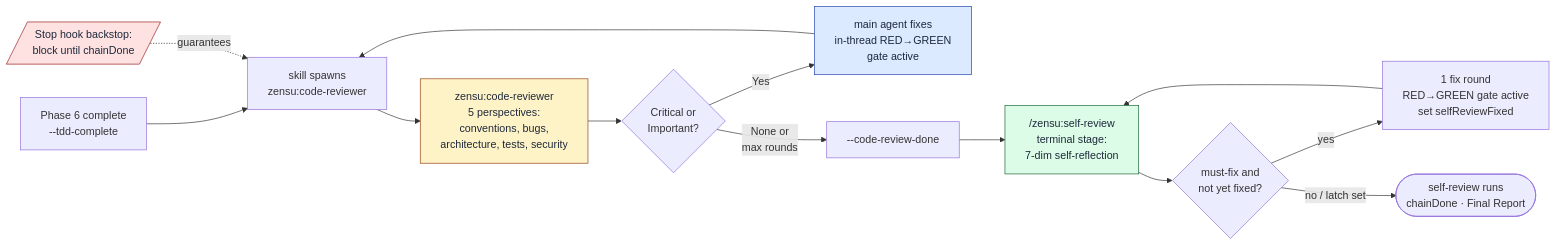
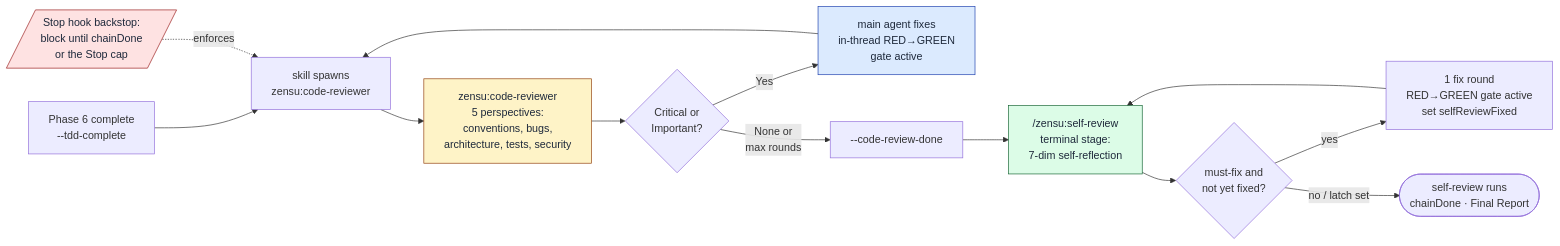
One commit to MKITConsulting/zensu-claude-code changed the fourth of 4 diagrams in docs/tdd-manager-workflow.md. Above: the diagram before and after it, drawn with Mermaid. The commit also changed other lines of this file and 15 other files, not shown here.

````diff
--- a/docs/tdd-manager-workflow.md
+++ b/docs/tdd-manager-workflow.md
@@ -432,20 +435,20 @@
 ```mermaid
 flowchart LR
     P6[Phase 6 complete<br/>--tdd-complete] --> Spawn[skill spawns<br/>zensu:code-reviewer]
-    Stop[/Stop hook backstop:<br/>block until chainDone/] -.guarantees.-> Spawn
+    Stop[/Stop hook backstop:<br/>block until chainDone<br/>or the Stop cap/] -.enforces.-> Spawn
     Spawn --> Reviewer[zensu:code-reviewer<br/>5 perspectives:<br/>conventions, bugs,<br/>architecture, tests, security]
     Reviewer --> Findings{Critical or<br/>Important?}
     Findings -->|Yes| Fix[main agent fixes<br/>in-thread RED→GREEN<br/>gate active]
     Fix --> Spawn
     Findings -->|None or<br/>max rounds| CRD[--code-review-done]
     CRD --> SelfRev["/zensu:self-review<br/>terminal stage:<br/>7-dim self-reflection"]
     SelfRev --> MustFix{must-fix and<br/>not yet fixed?}
     MustFix -->|yes| SRFix[1 fix round<br/>RED→GREEN gate active<br/>set selfReviewFixed]
     SRFix --> SelfRev
     MustFix -->|no / latch set| Done([self-review runs<br/>chainDone · Final Report])
 
     style Reviewer fill:#fef3c7,stroke:#92400e,color:#1e293b
     style SelfRev fill:#dcfce7,stroke:#166534,color:#1e293b
     style Fix fill:#dbeafe,stroke:#1e40af,color:#1e293b
     style Stop fill:#fee2e2,stroke:#991b1b,color:#1e293b
 ```
````
